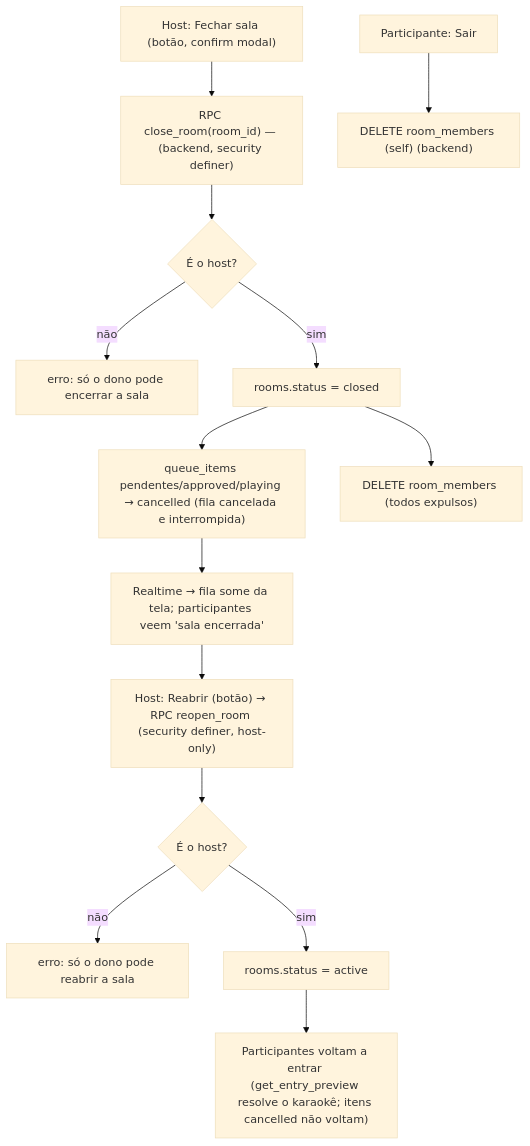
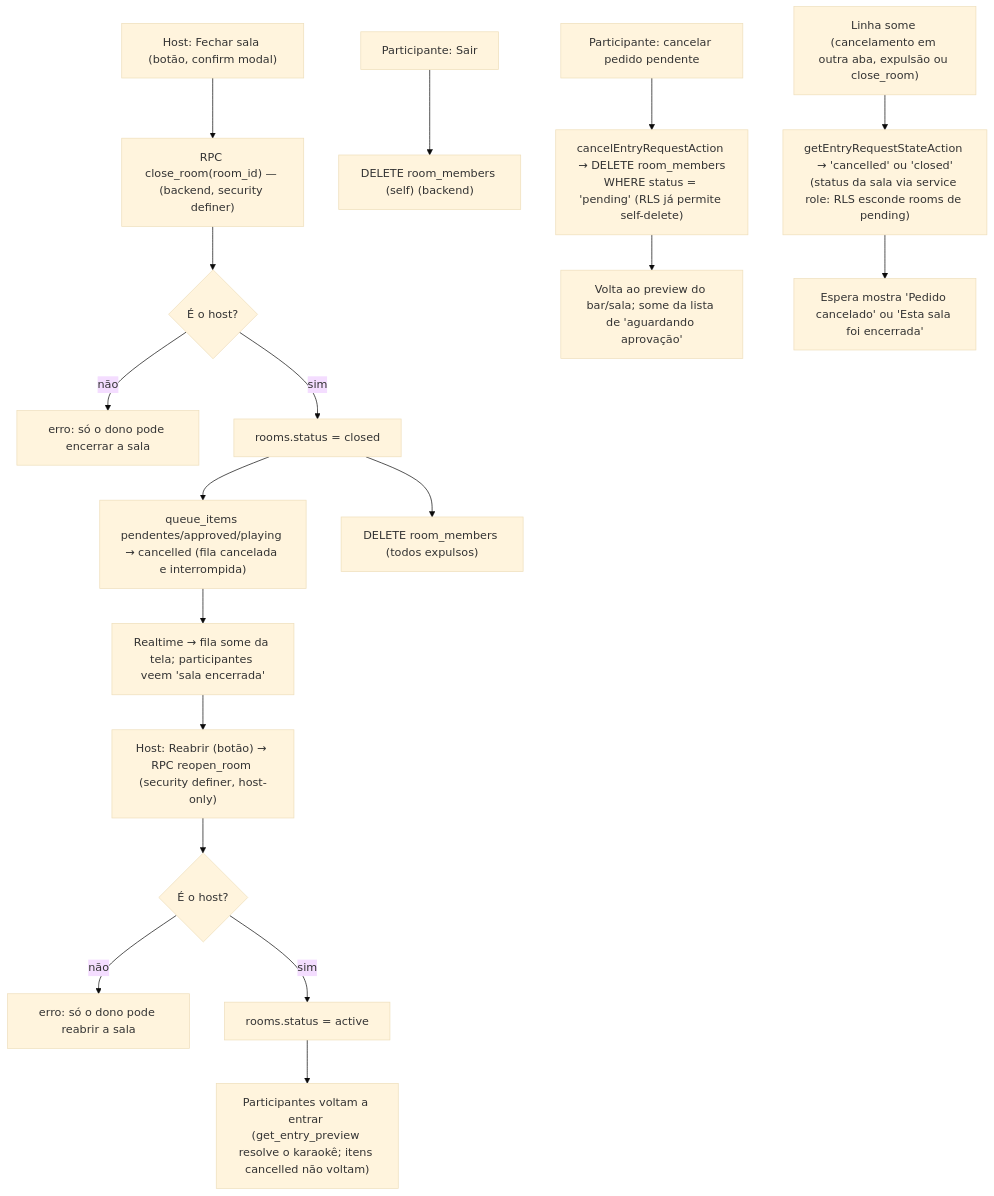
Before and after one commit to cavalcanteprofissional/karaoke-flow: the ninth of 15 diagrams in docs/flows/fluxos-do-sistema.md, drawn with Mermaid (base theme). The commit also changed other lines of this file and 4 other files, not shown here.

First line of the commit message:
docs: registra pedido de entrada pendente recuperável e cancelável

````diff
--- a/docs/flows/fluxos-do-sistema.md
+++ b/docs/flows/fluxos-do-sistema.md
@@ -174,16 +176,20 @@
 ```mermaid
 flowchart TD
     A["Host: Fechar sala (botão, confirm modal)"] --> B["RPC close_room(room_id) — (backend, security definer)"]
     B --> B1{É o host?}
     B1 -->|não| B2["erro: só o dono pode encerrar a sala"]
     B1 -->|sim| C["rooms.status = closed"]
     C --> D["queue_items pendentes/approved/playing → cancelled (fila cancelada e interrompida)"]
     C --> E["DELETE room_members (todos expulsos)"]
     D --> F["Realtime → fila some da tela; participantes veem 'sala encerrada'"]
     F --> R["Host: Reabrir (botão) → RPC reopen_room (security definer, host-only)"]
     R --> R1{É o host?}
     R1 -->|não| R2["erro: só o dono pode reabrir a sala"]
     R1 -->|sim| R3["rooms.status = active"]
     R3 --> R4["Participantes voltam a entrar (get_entry_preview resolve o karaokê; itens cancelled não voltam)"]
     A2["Participante: Sair"] --> G["DELETE room_members (self) (backend)"]
+    A3["Participante: cancelar pedido pendente"] --> A4["cancelEntryRequestAction → DELETE room_members<br/>WHERE status = 'pending' (RLS já permite self-delete)"]
+    A4 --> A5["Volta ao preview do bar/sala; some da lista de 'aguardando aprovação'"]
+    A6["Linha some (cancelamento em outra aba, expulsão ou close_room)"] --> A7["getEntryRequestStateAction → 'cancelled' ou 'closed'<br/>(status da sala via service role: RLS esconde rooms de pending)"]
+    A7 --> A8["Espera mostra 'Pedido cancelado' ou 'Esta sala foi encerrada'"]
 ```
````
